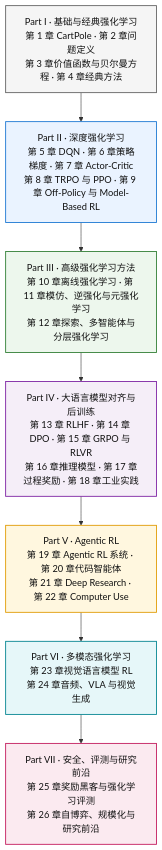
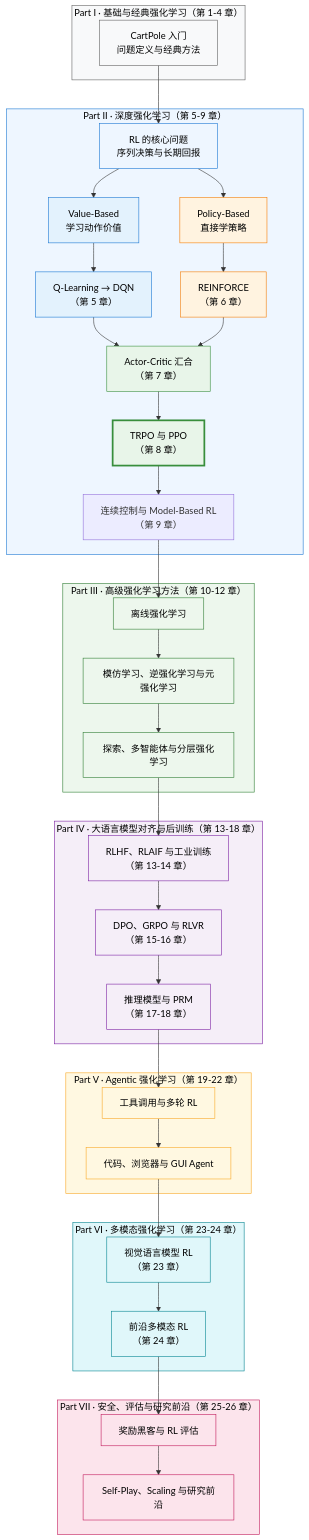
The diagram in docs/preface/introduction.md (birhantprkc/hands-on-modern-rl), drawn with Mermaid before and after one commit. The commit also changed other lines of this file, not shown here.

Commit message:
fix: restore preface structure diagram

````diff
--- a/docs/preface/introduction.md
+++ b/docs/preface/introduction.md
@@ -282,35 +282,75 @@
 ```mermaid
-flowchart TD
-    P1["Part I · 基础与经典强化学习<br/>第 1 章 CartPole · 第 2 章问题定义<br/>第 3 章价值函数与贝尔曼方程 · 第 4 章经典方法"]
+graph TD
+    subgraph P1["Part I · 基础与经典强化学习（第 1-4 章）"]
+        Q["CartPole 入门<br/>问题定义与经典方法"]
+    end
 
-    P2["Part II · 深度强化学习<br/>第 5 章 DQN · 第 6 章策略梯度 · 第 7 章 Actor-Critic<br/>第 8 章 TRPO 与 PPO · 第 9 章 Off-Policy 与 Model-Based RL"]
+    subgraph P2["Part II · 深度强化学习（第 5-9 章）"]
+        A["RL 的核心问题<br/>序列决策与长期回报"] --> B["Value-Based<br/>学习动作价值"]
+        A --> C["Policy-Based<br/>直接学策略"]
+        B --> D["Q-Learning → DQN<br/>（第 5 章）"]
+        C --> E["REINFORCE<br/>（第 6 章）"]
+        D --> F["Actor-Critic 汇合<br/>（第 7 章）"]
+        E --> F
+        F --> G["TRPO 与 PPO<br/>（第 8 章）"]
+        G --> H["连续控制与 Model-Based RL<br/>（第 9 章）"]
+    end
 
-    P3["Part III · 高级强化学习方法<br/>第 10 章离线强化学习 · 第 11 章模仿、逆强化与元强化学习<br/>第 12 章探索、多智能体与分层强化学习"]
+    subgraph P3["Part III · 高级强化学习方法（第 10-12 章）"]
+        I["离线强化学习"] --> J["模仿学习、逆强化学习与元强化学习"]
+        J --> K["探索、多智能体与分层强化学习"]
+    end
 
-    P4["Part IV · 大语言模型对齐与后训练<br/>第 13 章 RLHF · 第 14 章 DPO · 第 15 章 GRPO 与 RLVR<br/>第 16 章推理模型 · 第 17 章过程奖励 · 第 18 章工业实践"]
+    subgraph P4["Part IV · 大语言模型对齐与后训练（第 13-18 章）"]
+        L["RLHF、RLAIF 与工业训练<br/>（第 13-14 章）"] --> M["DPO、GRPO 与 RLVR<br/>（第 15-16 章）"]
+        M --> N["推理模型与 PRM<br/>（第 17-18 章）"]
+    end
 
-    P5["Part V · Agentic RL<br/>第 19 章 Agentic RL 系统 · 第 20 章代码智能体<br/>第 21 章 Deep Research · 第 22 章 Computer Use"]
+    subgraph P5["Part V · Agentic 强化学习（第 19-22 章）"]
+        O["工具调用与多轮 RL"] --> P["代码、浏览器与 GUI Agent"]
+    end
 
-    P6["Part VI · 多模态强化学习<br/>第 23 章视觉语言模型 RL<br/>第 24 章音频、VLA 与视觉生成"]
+    subgraph P6["Part VI · 多模态强化学习（第 23-24 章）"]
+        R["视觉语言模型 RL<br/>（第 23 章）"] --> S["前沿多模态 RL<br/>（第 24 章）"]
+    end
 
-    P7["Part VII · 安全、评测与研究前沿<br/>第 25 章奖励黑客与强化学习评测<br/>第 26 章自博弈、规模化与研究前沿"]
+    subgraph P7["Part VII · 安全、评估与研究前沿（第 25-26 章）"]
+        T["奖励黑客与 RL 评估"] --> U["Self-Play、Scaling 与研究前沿"]
+    end
 
-    P1 --> P2 --> P3 --> P4 --> P5 --> P6 --> P7
+    Q --> A
+    H --> I
+    K --> L
+    N --> O
+    P --> R
+    S --> T
 
-    classDef part1 fill:#f5f5f5,stroke:#616161,stroke-width:1.5px,color:#111
-    classDef part2 fill:#eaf3ff,stroke:#1976d2,stroke-width:1.5px,color:#111
-    classDef part3 fill:#edf7ed,stroke:#2e7d32,stroke-width:1.5px,color:#111
-    classDef part4 fill:#f5eef8,stroke:#7b1fa2,stroke-width:1.5px,color:#111
-    classDef part5 fill:#fff7df,stroke:#e09a00,stroke-width:1.5px,color:#111
-    classDef part6 fill:#e6f7f9,stroke:#00838f,stroke-width:1.5px,color:#111
-    classDef part7 fill:#fbeaf0,stroke:#c2185b,stroke-width:1.5px,color:#111
-
-    class P1 part1
-    class P2 part2
-    class P3 part3
-    class P4 part4
-    class P5 part5
-    class P6 part6
-    class P7 part7
+    style P1 fill:#f8f9fa,stroke:#616161,color:#000
+    style P2 fill:#eef6ff,stroke:#1976d2,color:#000
+    style P3 fill:#edf7ed,stroke:#2e7d32,color:#000
+    style P4 fill:#f5eef8,stroke:#7b1fa2,color:#000
+    style P5 fill:#fff8e1,stroke:#f9a825,color:#000
+    style P6 fill:#e0f7fa,stroke:#00838f,color:#000
+    style P7 fill:#fce4ec,stroke:#c2185b,color:#000
+    style Q fill:#f8f9fa,stroke:#616161,color:#000
+    style A fill:#eef6ff,stroke:#1976d2,color:#000
+    style B fill:#e3f2fd,stroke:#1976d2,color:#000
+    style D fill:#e3f2fd,stroke:#1976d2,color:#000
+    style C fill:#fff3e0,stroke:#f57c00,color:#000
+    style E fill:#fff3e0,stroke:#f57c00,color:#000
+    style F fill:#e8f5e9,stroke:#388e3c,color:#000
+    style G fill:#e8f5e9,stroke:#388e3c,stroke-width:3px,color:#000
+    style I fill:#edf7ed,stroke:#2e7d32,color:#000
+    style J fill:#edf7ed,stroke:#2e7d32,color:#000
+    style K fill:#edf7ed,stroke:#2e7d32,color:#000
+    style L fill:#f5eef8,stroke:#7b1fa2,color:#000
+    style M fill:#f5eef8,stroke:#7b1fa2,color:#000
+    style N fill:#f5eef8,stroke:#7b1fa2,color:#000
+    style O fill:#fff8e1,stroke:#f9a825,color:#000
+    style P fill:#fff8e1,stroke:#f9a825,color:#000
+    style R fill:#e0f7fa,stroke:#00838f,color:#000
+    style S fill:#e0f7fa,stroke:#00838f,color:#000
+    style T fill:#fce4ec,stroke:#c2185b,color:#000
+    style U fill:#fce4ec,stroke:#c2185b,color:#000
 
 ```
````
